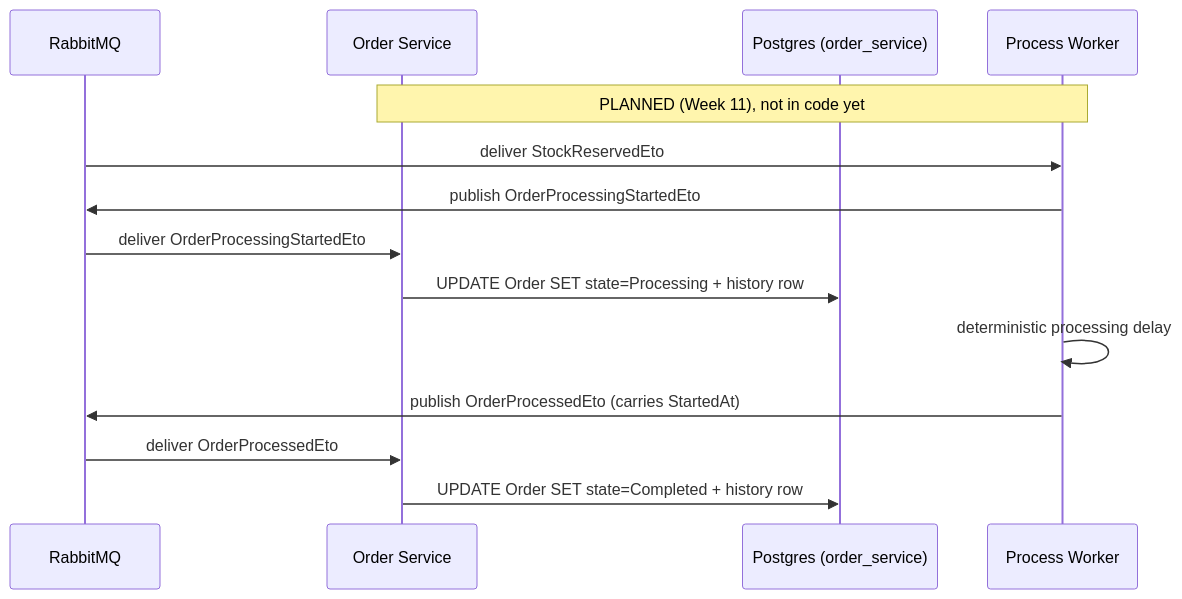
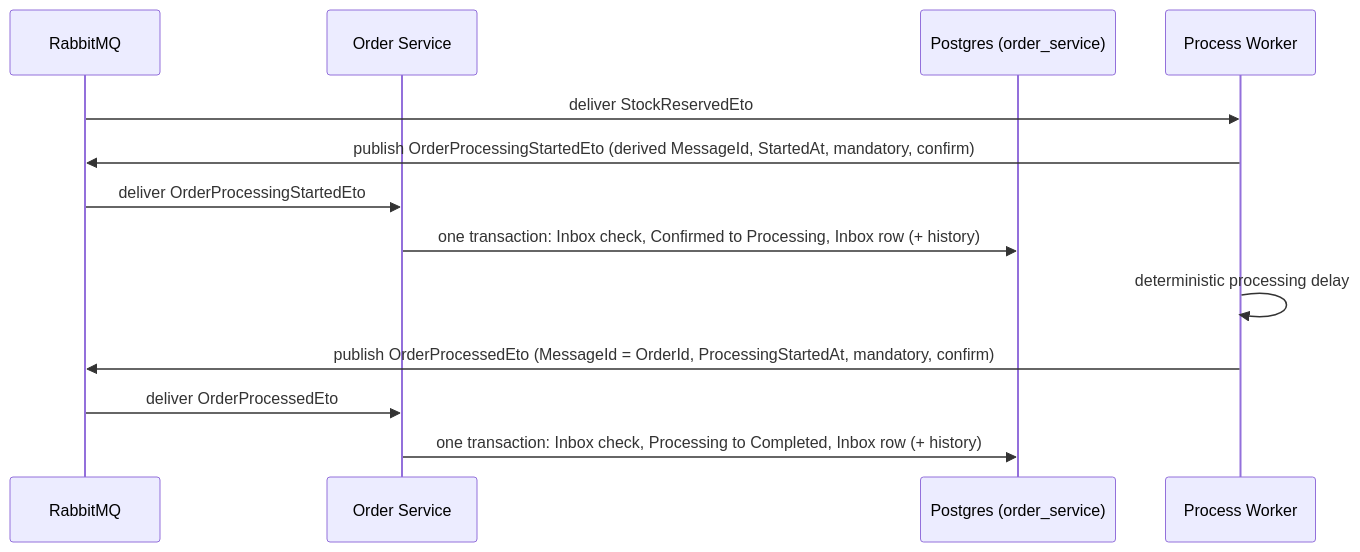
The third of 3 diagrams in docs/sequence-diagrams.md (VuTanMinh/flash-sale-microservices), drawn with Mermaid before and after one commit. The commit also changed other lines of this file and 54 other files, not shown here.

Commit message:
feat: six-state order model with the OrderProcessingStarted event and per-order status history (Seq-ordered, implied step clamped); TP-P02 verifier; regressions and figures updated (Week 11 Processing/history box)

````diff
--- a/docs/sequence-diagrams.md
+++ b/docs/sequence-diagrams.md
@@ -170,16 +181,15 @@
 ```mermaid
 sequenceDiagram
     participant MQ as RabbitMQ
     participant OrderSvc as Order Service
     participant PGOrd as Postgres (order_service)
     participant ProcSvc as Process Worker
-    Note over ProcSvc,OrderSvc: PLANNED (Week 11), not in code yet
     MQ->>ProcSvc: deliver StockReservedEto
-    ProcSvc->>MQ: publish OrderProcessingStartedEto
+    ProcSvc->>MQ: publish OrderProcessingStartedEto (derived MessageId, StartedAt, mandatory, confirm)
     MQ->>OrderSvc: deliver OrderProcessingStartedEto
-    OrderSvc->>PGOrd: UPDATE Order SET state=Processing + history row
+    OrderSvc->>PGOrd: one transaction: Inbox check, Confirmed to Processing, Inbox row (+ history)
     ProcSvc->>ProcSvc: deterministic processing delay
-    ProcSvc->>MQ: publish OrderProcessedEto (carries StartedAt)
+    ProcSvc->>MQ: publish OrderProcessedEto (MessageId = OrderId, ProcessingStartedAt, mandatory, confirm)
     MQ->>OrderSvc: deliver OrderProcessedEto
-    OrderSvc->>PGOrd: UPDATE Order SET state=Completed + history row
+    OrderSvc->>PGOrd: one transaction: Inbox check, Processing to Completed, Inbox row (+ history)
 ```
````
